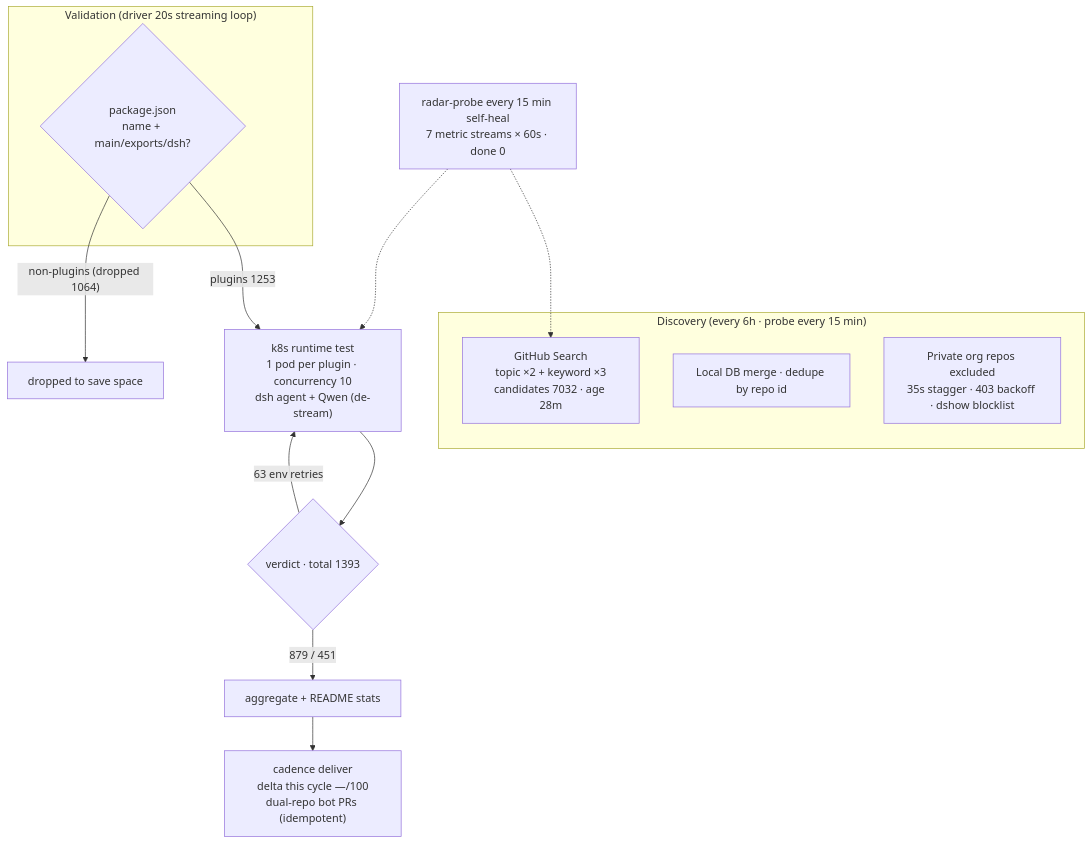
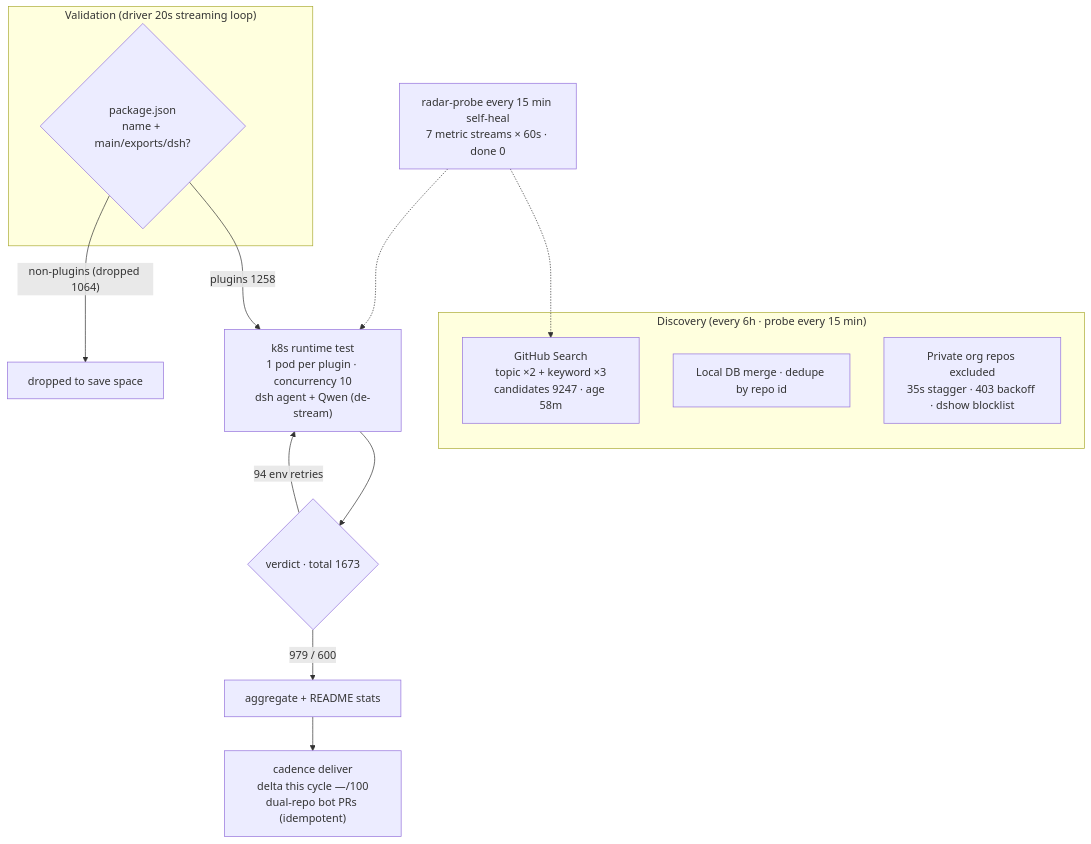
The diagram in README.en-US.md (AdamPlatin123/awesome-dsh-plugins), drawn with Mermaid before and after one commit. The commit also changed other lines of this file, not shown here.

````diff
--- a/README.en-US.md
+++ b/README.en-US.md
@@ -28,19 +28,19 @@
 ```mermaid
 flowchart TB
     subgraph Discovery[" Discovery (every 6h · probe every 15 min)"]
-        A1["GitHub Search<br/>topic ×2 + keyword ×3<br/>candidates 7032 · age 28m"]
+        A1["GitHub Search<br/>topic ×2 + keyword ×3<br/>candidates 9247 · age 58m"]
         A2["Local DB merge · dedupe by repo id"]
         A3[" Private org repos excluded<br/>35s stagger · 403 backoff · dshow blocklist"]
     end
     subgraph Validation[" Validation (driver 20s streaming loop)"]
         B1{"package.json<br/>name + main/exports/dsh?"}
     end
-    B1 -->|"plugins 1253"| C1["k8s runtime test<br/>1 pod per plugin · concurrency 10<br/>dsh agent + Qwen (de-stream)"]
+    B1 -->|"plugins 1258"| C1["k8s runtime test<br/>1 pod per plugin · concurrency 10<br/>dsh agent + Qwen (de-stream)"]
     B1 -->|"non-plugins (dropped 1064)"| B3[" dropped to save space"]
-    C1 --> D1{"verdict · total 1393"}
-    D1 -->|" 879 /  451"| E1["aggregate + README stats"]
-    D1 -->|" 63 env retries"| C1
+    C1 --> D1{"verdict · total 1673"}
+    D1 -->|" 979 /  600"| E1["aggregate + README stats"]
+    D1 -->|" 94 env retries"| C1
     E1 --> E2["cadence deliver<br/>delta this cycle —/100<br/>dual-repo bot PRs (idempotent)"]
     M[" radar-probe every 15 min self-heal<br/>7 metric streams × 60s · done 0"] -.-> A1
     M -.-> C1
 ```
````
